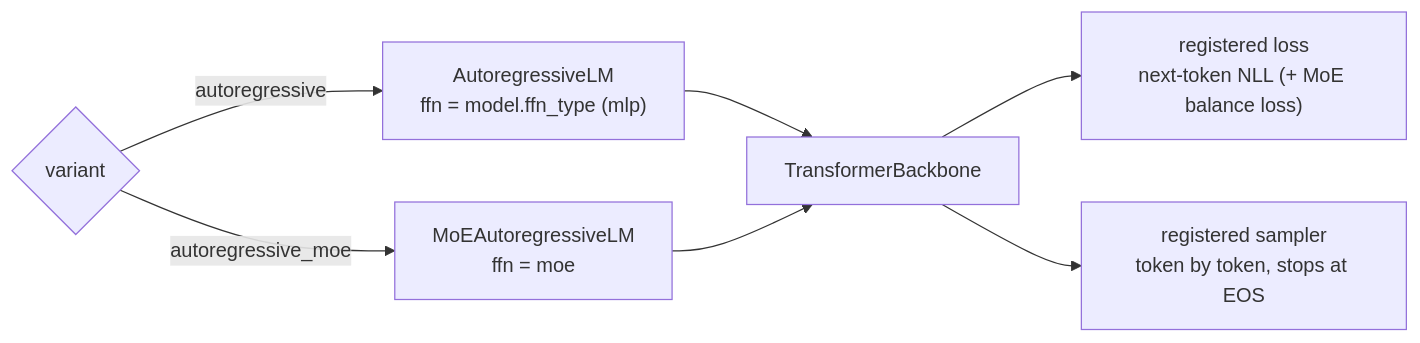
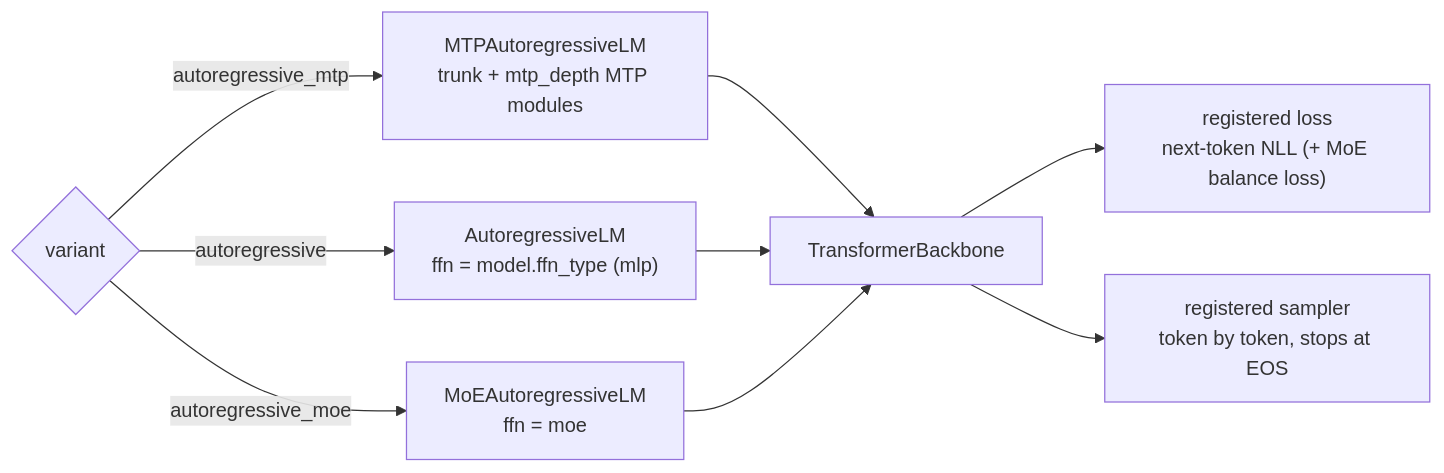
Before and after one commit to basaanithanaveenkumar/Hale-LLM: the first of 4 diagrams in docs/architecture.md, drawn with Mermaid. The commit also changed other lines of this file and 45 other files, not shown here.

````diff
--- a/docs/architecture.md
+++ b/docs/architecture.md
@@ -6,9 +7,11 @@
 ```mermaid
 flowchart LR
   V{"variant"} -- autoregressive --> D["AutoregressiveLM<br/>ffn = model.ffn_type (mlp)"]
   V -- autoregressive_moe --> M["MoEAutoregressiveLM<br/>ffn = moe"]
+  V -- autoregressive_mtp --> P["MTPAutoregressiveLM<br/>trunk + mtp_depth MTP modules"]
+  P --> B
   D --> B["TransformerBackbone"]
   M --> B
   B --> L["registered loss<br/>next-token NLL (+ MoE balance loss)"]
   B --> S["registered sampler<br/>token by token, stops at EOS"]
 ```
````
